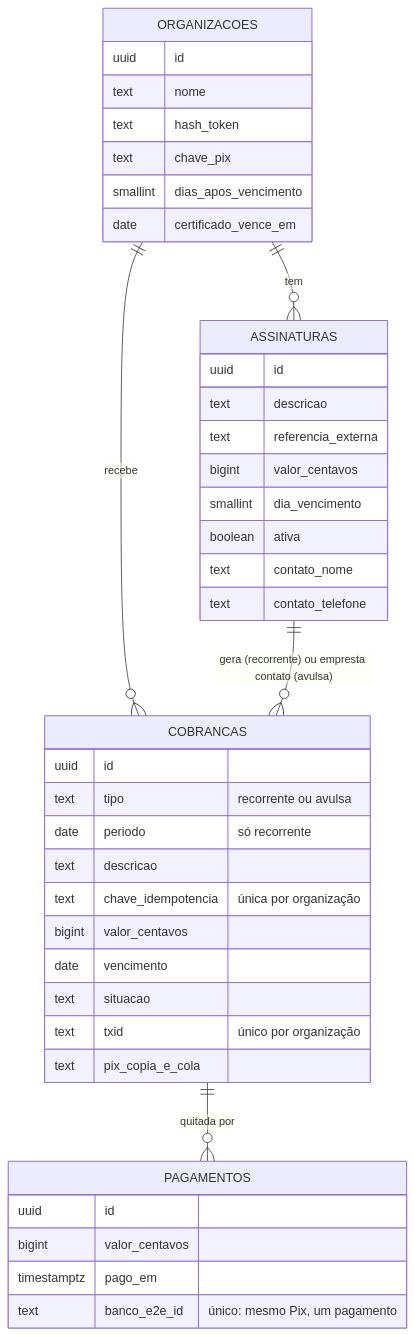
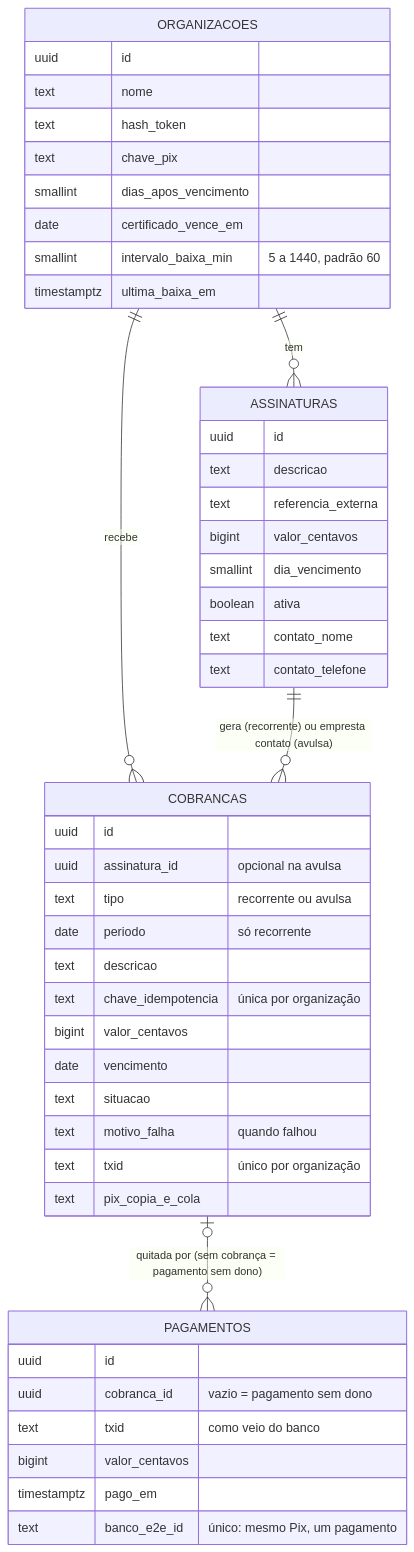
The eighth of 9 diagrams in docs/processos.md (leonardorudolfocardoso/pix-em-dia), drawn with Mermaid before and after one commit. The commit also changed other lines of this file, not shown here.

````diff
--- a/docs/processos.md
+++ b/docs/processos.md
@@ -194,43 +197,49 @@
 ```mermaid
 erDiagram
   ORGANIZACOES ||--o{ ASSINATURAS : tem
   ORGANIZACOES ||--o{ COBRANCAS : recebe
   ASSINATURAS ||--o{ COBRANCAS : "gera (recorrente) ou empresta contato (avulsa)"
-  COBRANCAS ||--o{ PAGAMENTOS : "quitada por"
+  COBRANCAS |o--o{ PAGAMENTOS : "quitada por (sem cobrança = pagamento sem dono)"
   ORGANIZACOES {
     uuid id
     text nome
     text hash_token
     text chave_pix
     smallint dias_apos_vencimento
     date certificado_vence_em
+    smallint intervalo_baixa_min "5 a 1440, padrão 60"
+    timestamptz ultima_baixa_em
   }
   ASSINATURAS {
     uuid id
     text descricao
     text referencia_externa
     bigint valor_centavos
     smallint dia_vencimento
     boolean ativa
     text contato_nome
     text contato_telefone
   }
   COBRANCAS {
     uuid id
+    uuid assinatura_id "opcional na avulsa"
     text tipo "recorrente ou avulsa"
     date periodo "só recorrente"
     text descricao
     text chave_idempotencia "única por organização"
     bigint valor_centavos
     date vencimento
     text situacao
+    text motivo_falha "quando falhou"
     text txid "único por organização"
     text pix_copia_e_cola
   }
   PAGAMENTOS {
     uuid id
+    uuid cobranca_id "vazio = pagamento sem dono"
+    text txid "como veio do banco"
     bigint valor_centavos
     timestamptz pago_em
     text banco_e2e_id "único: mesmo Pix, um pagamento"
   }
 ```
````
